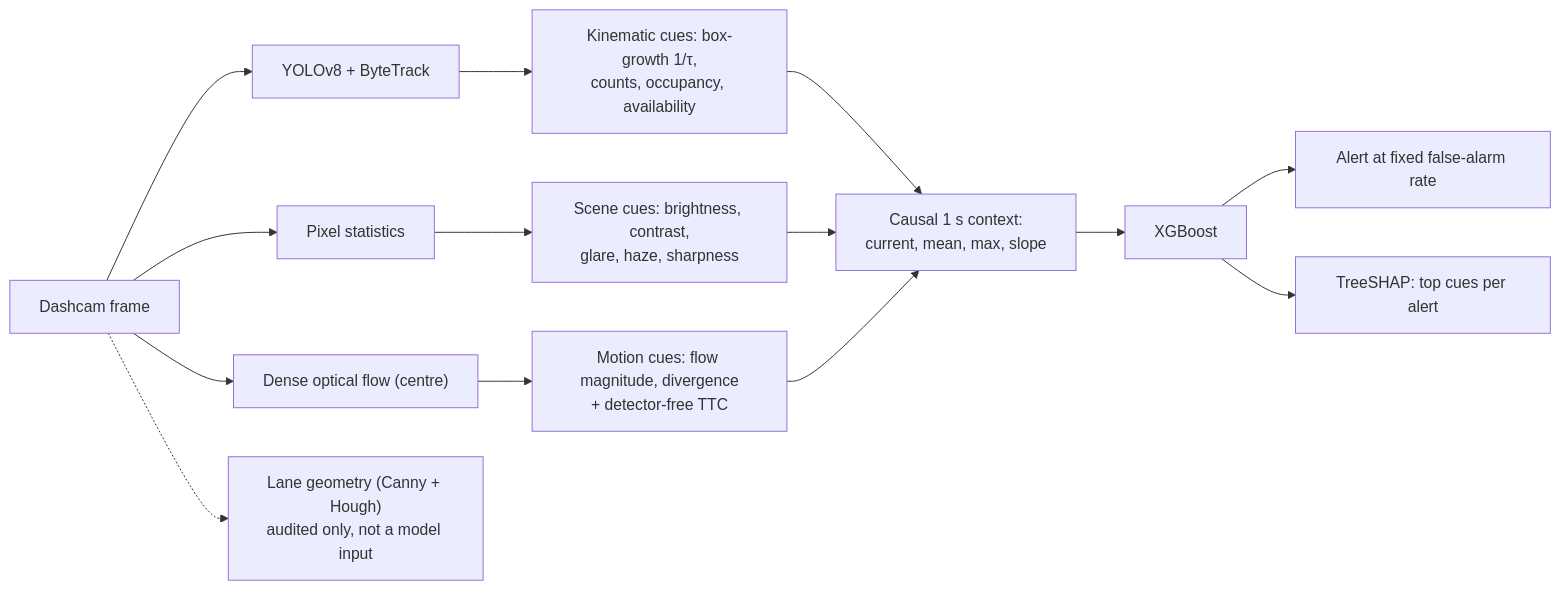
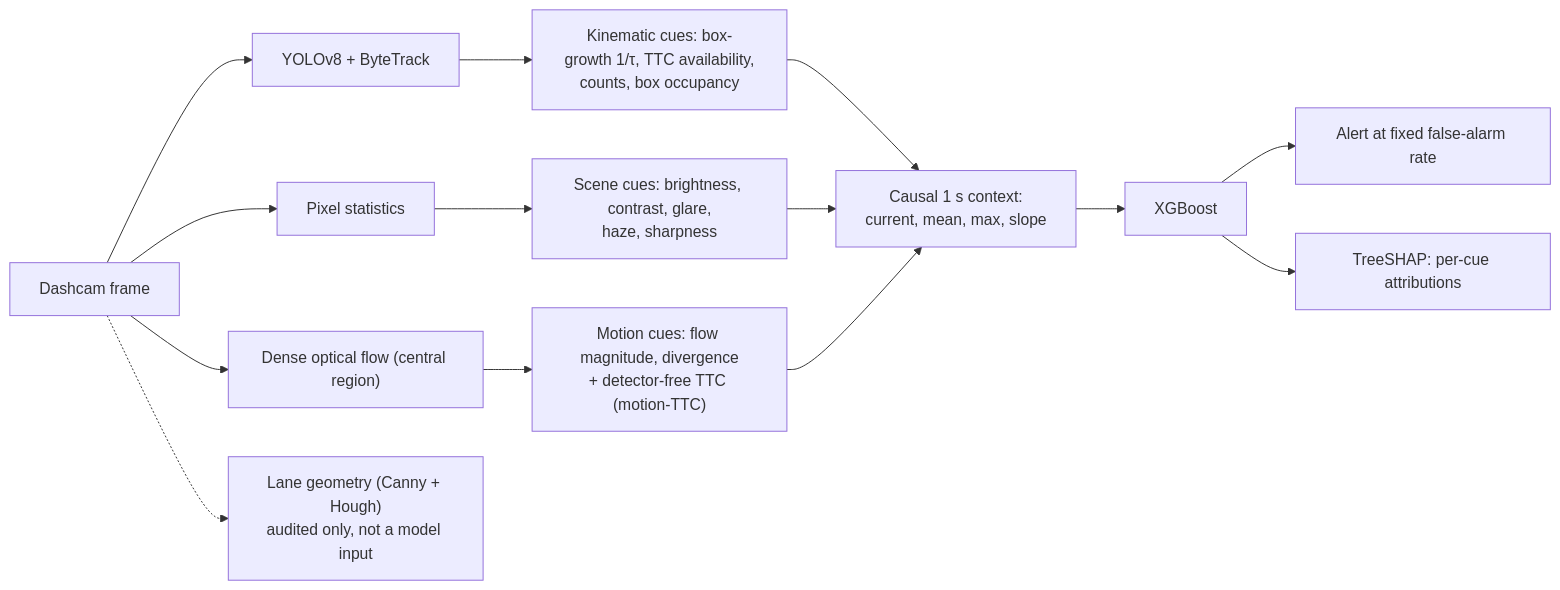
Before and after one commit to sidii1/DriveSense: the diagram in README.md, drawn with Mermaid. The commit also changed other lines of this file, not shown here.

````diff
--- a/README.md
+++ b/README.md
@@ -30,14 +43,14 @@
 ```mermaid
 graph LR
     F["Dashcam frame"] --> D["YOLOv8 + ByteTrack"]
     F --> P["Pixel statistics"]
-    F --> O["Dense optical flow (centre)"]
+    F --> O["Dense optical flow (central region)"]
     F -.-> L["Lane geometry (Canny + Hough)<br/>audited only, not a model input"]
-    D --> K["Kinematic cues: box-growth 1/τ,<br/>counts, occupancy, availability"]
-    P --> S["Scene cues: brightness, contrast,<br/>glare, haze, sharpness"]
-    O --> M["Motion cues: flow magnitude, divergence<br/>+ detector-free TTC"]
+    D --> K["Kinematic cues: box-growth 1/τ, TTC availability,<br/>counts, box occupancy"]
+    P --> S["Scene cues: brightness, contrast, glare,<br/>haze, sharpness"]
+    O --> M["Motion cues: flow magnitude, divergence<br/>+ detector-free TTC (motion-TTC)"]
     K & S & M --> C["Causal 1 s context:<br/>current, mean, max, slope"]
     C --> X["XGBoost"]
     X --> A["Alert at fixed false-alarm rate"]
-    X --> H["TreeSHAP: top cues per alert"]
+    X --> H["TreeSHAP: per-cue attributions"]
 ```
````
